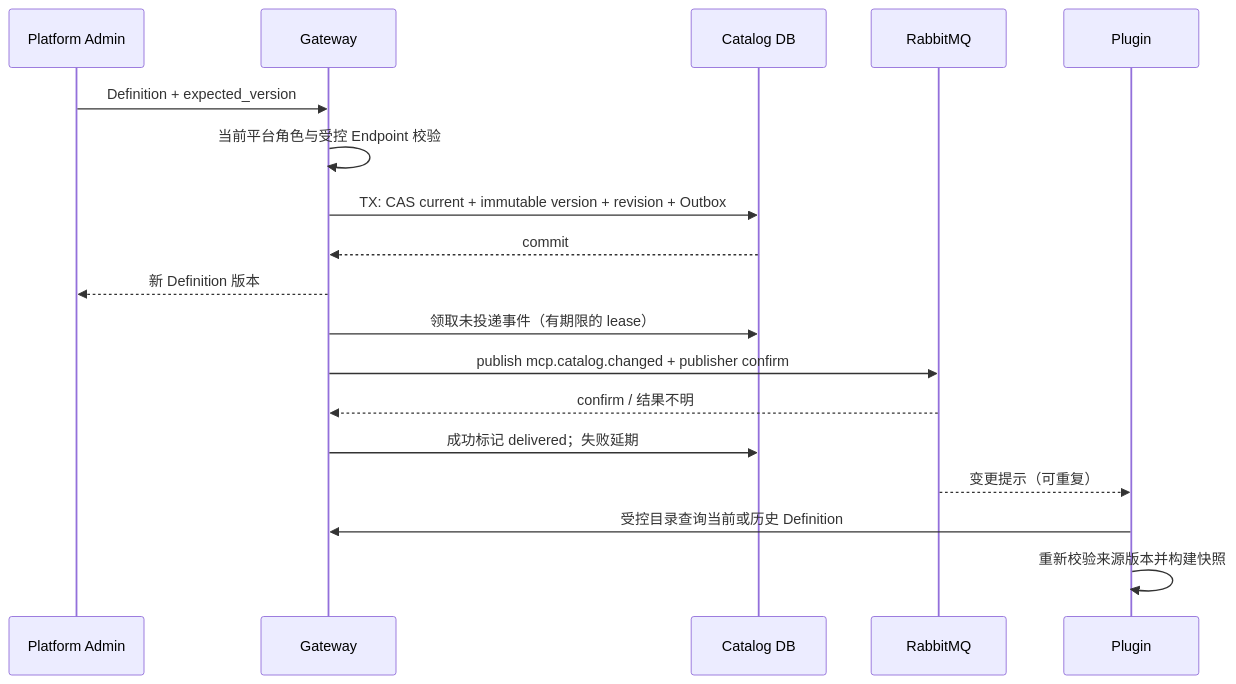
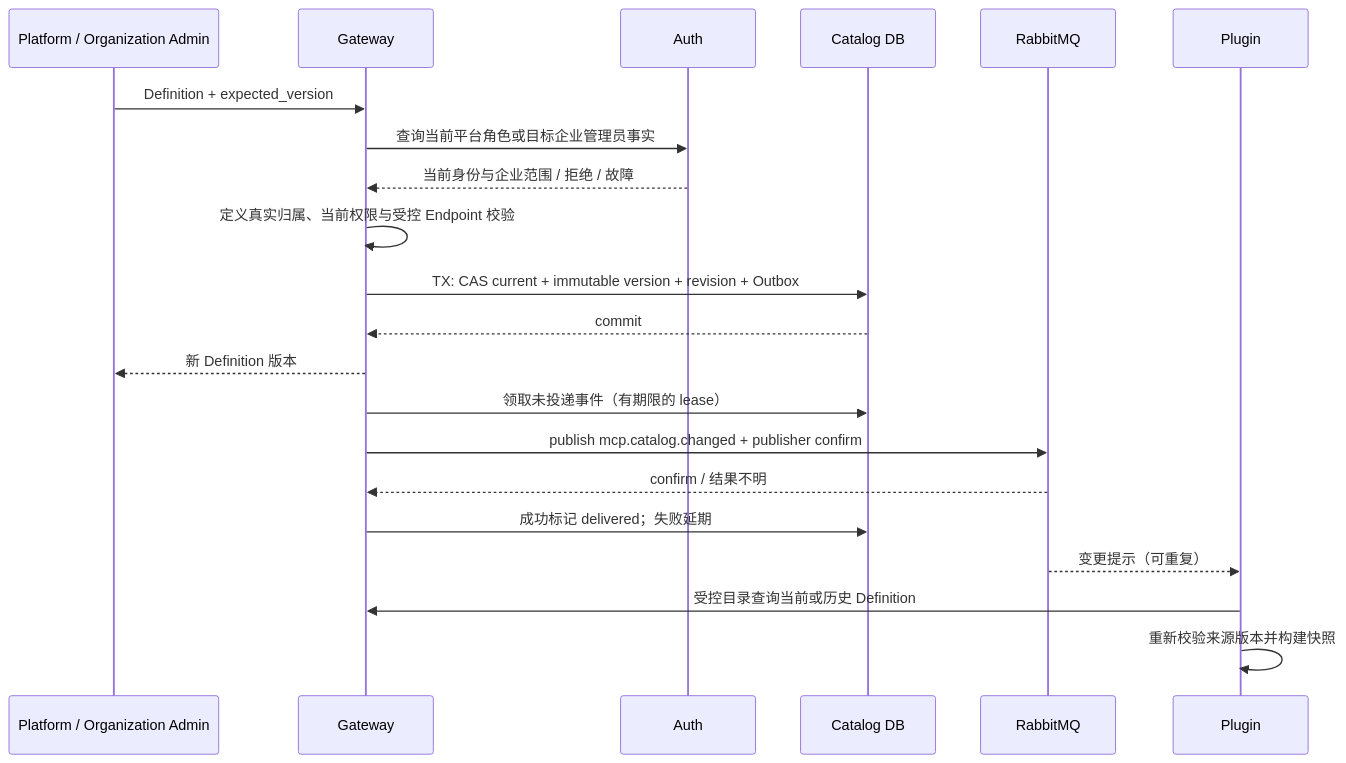
Before and after one commit to hotttao/media_agent: the diagram in docs/ddd/media_agent_gateway/workflow/0011-mcp_catalog_publication/mcp_catalog_publication.md, drawn with Mermaid. The commit also changed other lines of this file and 18 other files, not shown here.

````diff
--- a/docs/ddd/media_agent_gateway/workflow/0011-mcp_catalog_publication/mcp_catalog_publication.md
+++ b/docs/ddd/media_agent_gateway/workflow/0011-mcp_catalog_publication/mcp_catalog_publication.md
@@ -14,20 +14,23 @@
 ```mermaid
 sequenceDiagram
-    participant A as Platform Admin
+    participant A as Platform / Organization Admin
     participant G as Gateway
+    participant H as Auth
     participant D as Catalog DB
     participant B as RabbitMQ
     participant P as Plugin
     A->>G: Definition + expected_version
-    G->>G: 当前平台角色与受控 Endpoint 校验
+    G->>H: 查询当前平台角色或目标企业管理员事实
+    H-->>G: 当前身份与企业范围 / 拒绝 / 故障
+    G->>G: 定义真实归属、当前权限与受控 Endpoint 校验
     G->>D: TX: CAS current + immutable version + revision + Outbox
     D-->>G: commit
     G-->>A: 新 Definition 版本
     G->>D: 领取未投递事件（有期限的 lease）
     G->>B: publish mcp.catalog.changed + publisher confirm
     B-->>G: confirm / 结果不明
     G->>D: 成功标记 delivered；失败延期
     B-->>P: 变更提示（可重复）
     P->>G: 受控目录查询当前或历史 Definition
     P->>P: 重新校验来源版本并构建快照
 ```
````
